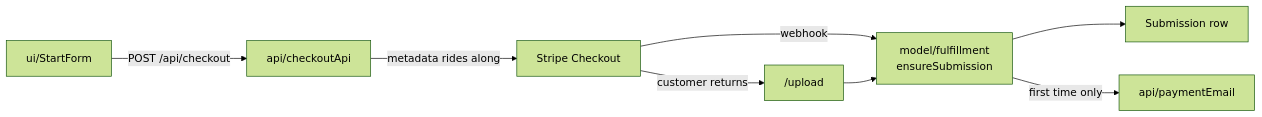
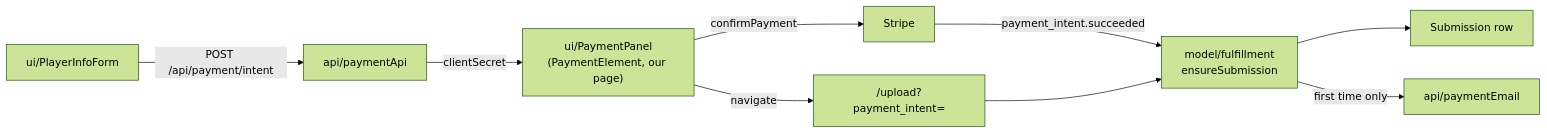
One commit to aaronjwylie/baseballcoach changed the diagram in src/domains/payment/_PaymentDocumentation.md. Above: the diagram before and after it, drawn with Mermaid (forest theme). The commit also changed other lines of this file and 22 other files, not shown here.

First line of the commit message:
Step 5: Stripe Elements — payment on our own page

````diff
--- a/src/domains/payment/_PaymentDocumentation.md
+++ b/src/domains/payment/_PaymentDocumentation.md
@@ -14,10 +14,11 @@
 ```mermaid
 flowchart LR
-    FORM["ui/StartForm"] -->|"POST /api/checkout"| API["api/checkoutApi"]
-    API -->|"metadata rides along"| STRIPE["Stripe Checkout"]
-    STRIPE -->|"webhook"| FUL["model/fulfillment<br/>ensureSubmission"]
-    STRIPE -->|"customer returns"| UPL["/upload"]
+    INFO["ui/PlayerInfoForm"] -->|"POST /api/payment/intent"| API["api/paymentApi"]
+    API -->|"clientSecret"| PAY["ui/PaymentPanel<br/>(PaymentElement, our page)"]
+    PAY -->|"confirmPayment"| STRIPE["Stripe"]
+    STRIPE -->|"payment_intent.succeeded"| FUL["model/fulfillment<br/>ensureSubmission"]
+    PAY -->|"navigate"| UPL["/upload?payment_intent="]
     UPL --> FUL
     FUL --> SUB["Submission row"]
     FUL -->|"first time only"| MAIL["api/paymentEmail"]
 ```
````
